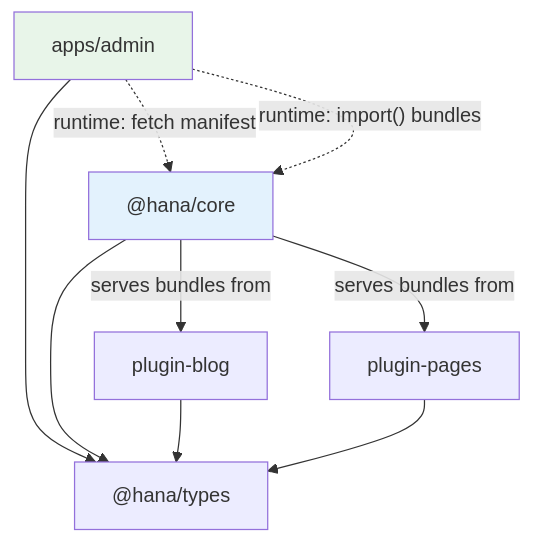
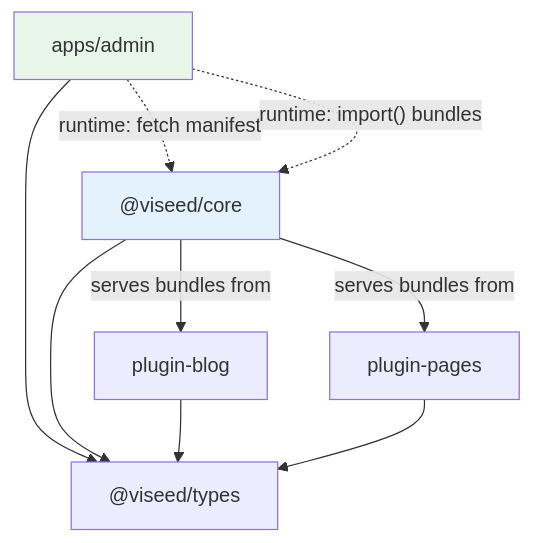
One commit to viseed/cms changed the second of 2 diagrams in .cursor/plans/plugin_admin_menu_system.plan.md. Above: the diagram before and after it, drawn with Mermaid. The commit also changed other lines of this file and 166 other files, not shown here.

````diff
--- a/.cursor/plans/plugin_admin_menu_system.plan.md
+++ b/.cursor/plans/plugin_admin_menu_system.plan.md
@@ -476,22 +476,22 @@
 ```mermaid
 graph TD
     Admin["apps/admin"]
-    Core["@hana/core"]
+    Core["@viseed/core"]
     PluginBlog["plugin-blog"]
     PluginPages["plugin-pages"]
-    Types["@hana/types"]
+    Types["@viseed/types"]
 
     Admin --> Types
     Admin -.->|"runtime: fetch manifest"| Core
     Admin -.->|"runtime: import() bundles"| Core
 
     Core --> Types
     Core -->|"serves bundles from"| PluginBlog
     Core -->|"serves bundles from"| PluginPages
 
     PluginBlog --> Types
     PluginPages --> Types
 
     style Admin fill:#e8f5e9
     style Core fill:#e3f2fd
 ```
````
